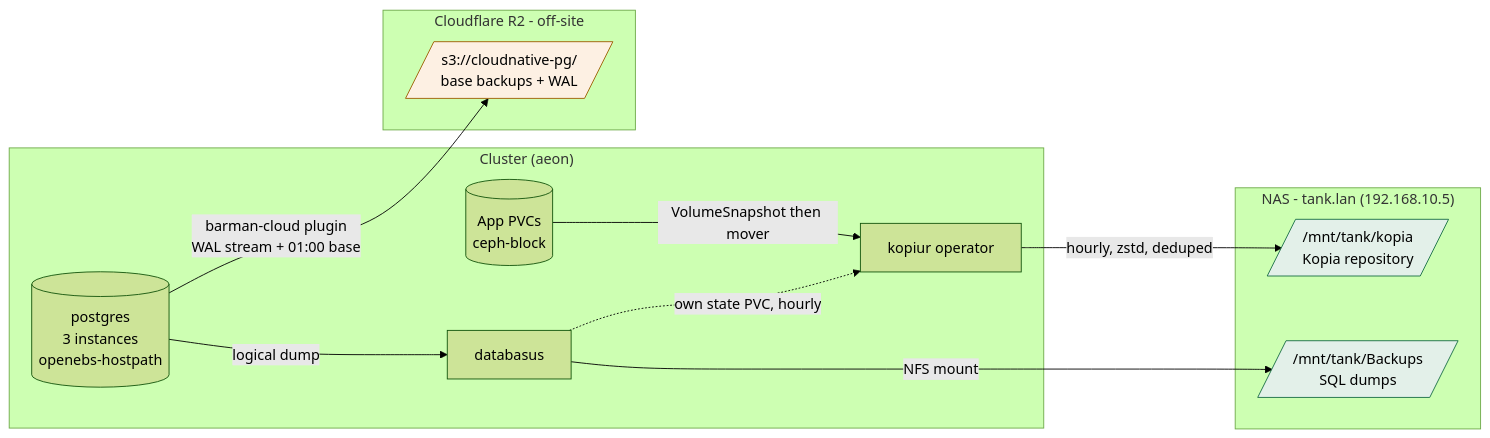
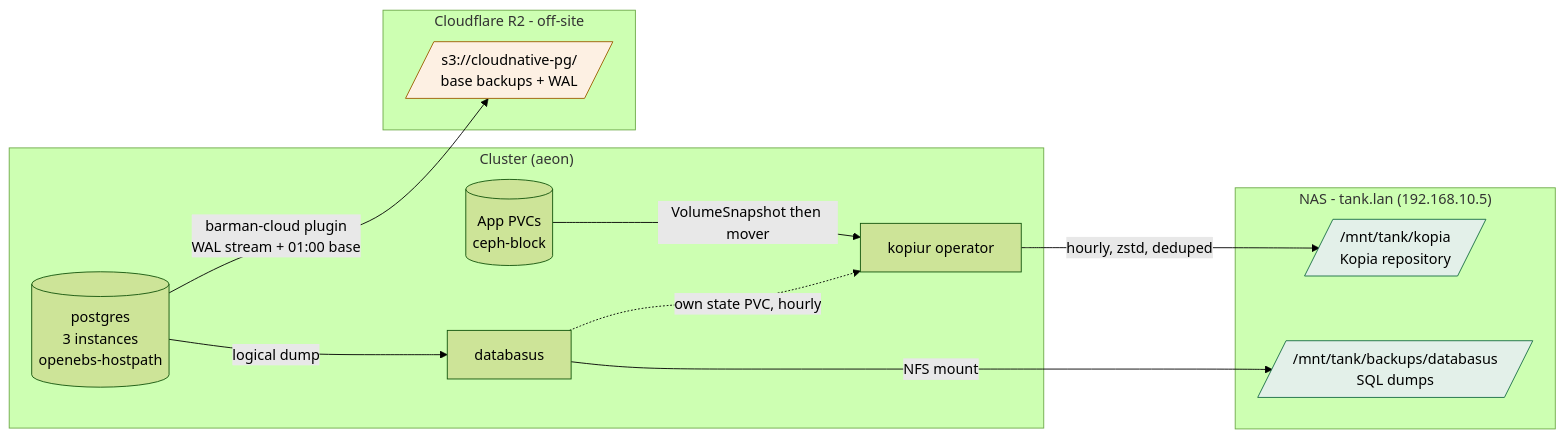
Before and after one commit to KyteProject/gitops-homelab: the diagram in docs/backups.md, drawn with Mermaid (forest theme). The commit also changed other lines of this file and 4 other files, not shown here.

````diff
--- a/docs/backups.md
+++ b/docs/backups.md
@@ -12,30 +12,30 @@
 ```mermaid
 flowchart LR
     subgraph cluster ["Cluster (aeon)"]
         PG[("postgres<br/>3 instances<br/>openebs-hostpath")]
         PVC[("App PVCs<br/>ceph-block")]
         DB["databasus"]
         KOP["kopiur operator"]
     end
 
     subgraph nas ["NAS - tank.lan (192.168.10.5)"]
         KREPO[/"/mnt/tank/kopia<br/>Kopia repository"/]
-        BAK[/"/mnt/tank/Backups<br/>SQL dumps"/]
+        BAK[/"/mnt/tank/backups/databasus<br/>SQL dumps"/]
     end
 
     subgraph offsite ["Cloudflare R2 - off-site"]
         R2[/"s3://cloudnative-pg/<br/>base backups + WAL"/]
     end
 
     PG -->|"barman-cloud plugin<br/>WAL stream + 01:00 base"| R2
     PVC -->|"VolumeSnapshot then mover"| KOP
     KOP -->|"hourly, zstd, deduped"| KREPO
     PG -->|"logical dump"| DB
     DB -->|"NFS mount"| BAK
     DB -.->|"own state PVC, hourly"| KOP
 
     classDef off fill:#fdf0e3,stroke:#9c5d00
     classDef on fill:#e3f0e9,stroke:#186e45
     class R2 off
     class KREPO,BAK on
 ```
````
